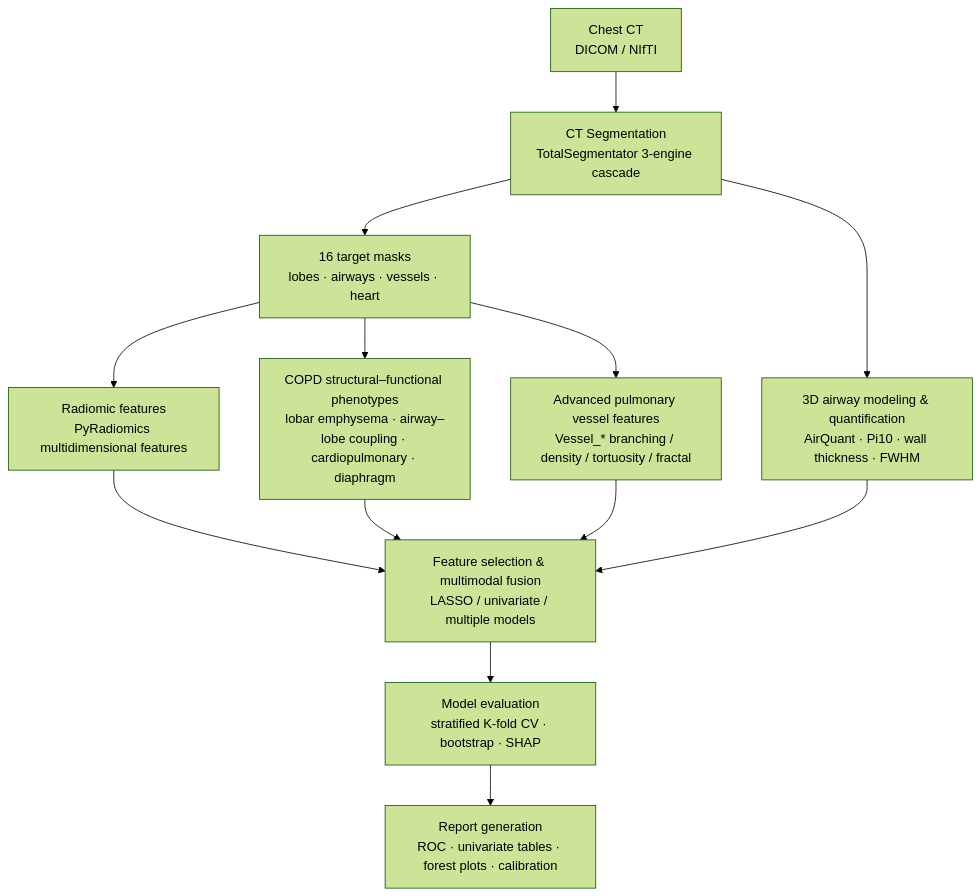
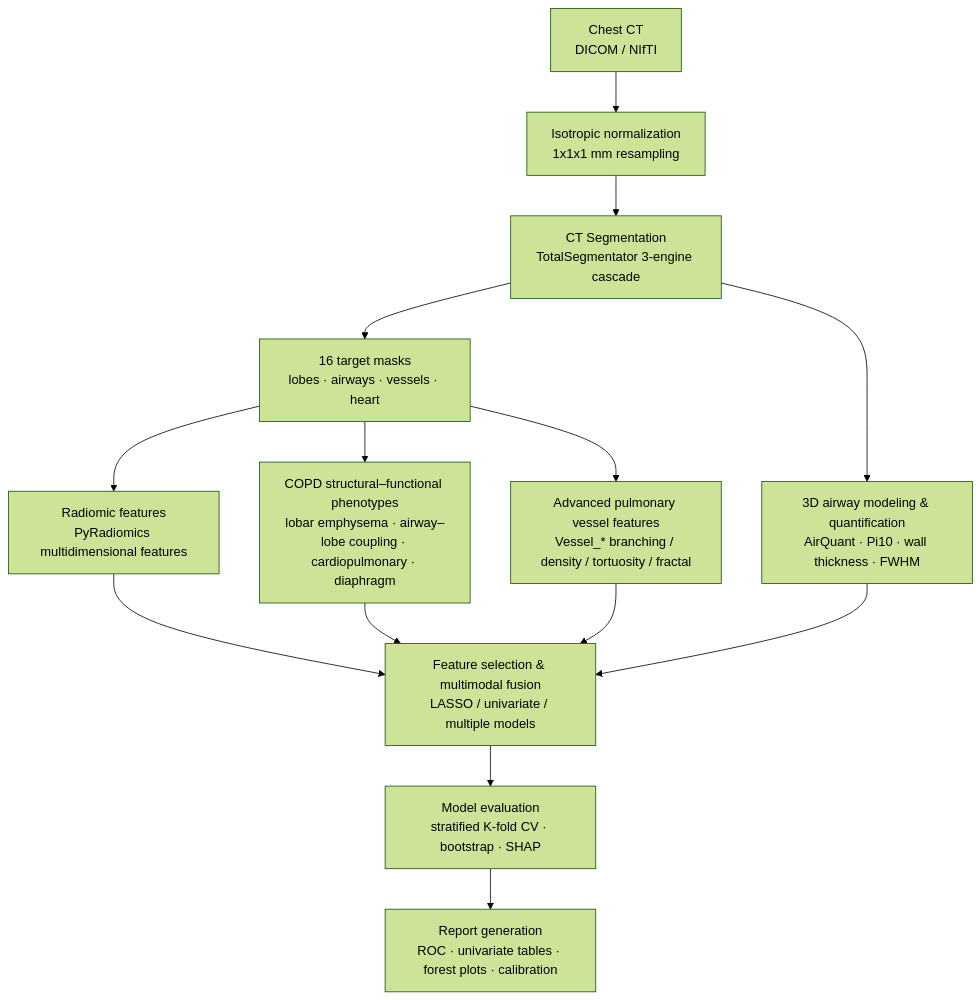
The diagram in README.md (Distagon-T/copd-radiomics), drawn with Mermaid (forest theme) before and after one commit. The commit also changed other lines of this file and 2 other files, not shown here.

First line of the commit message:
add isotropic CT normalization batch script + README pipeline update

````diff
--- a/README.md
+++ b/README.md
@@ -28,12 +28,13 @@
 ```mermaid
 flowchart TD
-    A[Chest CT<br/>DICOM / NIfTI] --> B[CT Segmentation<br/>TotalSegmentator 3-engine cascade]
+    A[Chest CT<br/>DICOM / NIfTI] --> A1[Isotropic normalization<br/>1x1x1 mm resampling]
+    A1 --> B[CT Segmentation<br/>TotalSegmentator 3-engine cascade]
     B --> C[16 target masks<br/>lobes · airways · vessels · heart]
     C --> D[Radiomic features<br/>PyRadiomics multidimensional features]
     C --> E[COPD structural–functional phenotypes<br/>lobar emphysema · airway–lobe coupling · cardiopulmonary · diaphragm]
     C --> F[Advanced pulmonary vessel features<br/>Vessel_* branching / density / tortuosity / fractal]
     B --> G[3D airway modeling & quantification<br/>AirQuant · Pi10 · wall thickness · FWHM]
     D & E & F & G --> H[Feature selection & multimodal fusion<br/>LASSO / univariate / multiple models]
     H --> I[Model evaluation<br/>stratified K-fold CV · bootstrap · SHAP]
     I --> J[Report generation<br/>ROC · univariate tables · forest plots · calibration]
 ```
````
